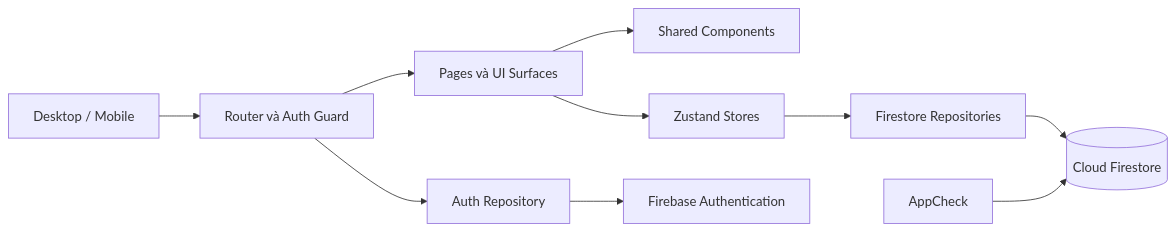
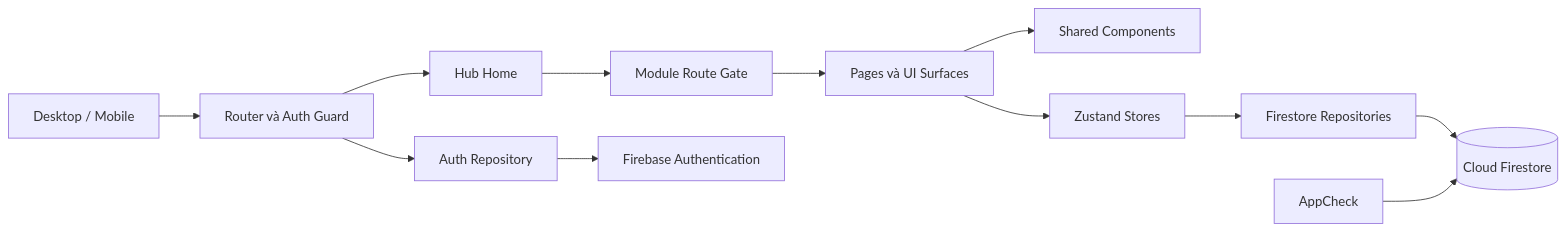
One commit to Harold-Luong/personal-hub changed the diagram in README.md. Above: the diagram before and after it, drawn with Mermaid. The commit also changed other lines of this file and 19 other files, not shown here.

Commit message:
feat(hub): add module home and lazy expenses initialization

````diff
--- a/README.md
+++ b/README.md
@@ -81,12 +89,14 @@
 ```mermaid
 flowchart LR
     User[Desktop / Mobile] --> Routes[Router và Auth Guard]
-    Routes --> Pages[Pages và UI Surfaces]
+    Routes --> Hub[Hub Home]
+    Hub --> ModuleGate[Module Route Gate]
+    ModuleGate --> Pages[Pages và UI Surfaces]
     Pages --> Components[Shared Components]
     Pages --> Stores[Zustand Stores]
     Stores --> Repositories[Firestore Repositories]
     Repositories --> DB[(Cloud Firestore)]
     Routes --> AuthRepository[Auth Repository]
     AuthRepository --> Auth[Firebase Authentication]
     AppCheck --> DB
 ```
````
